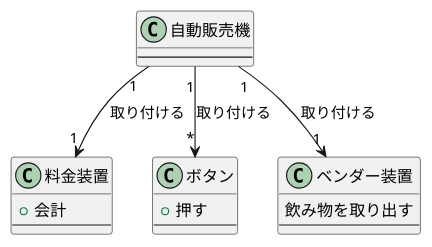
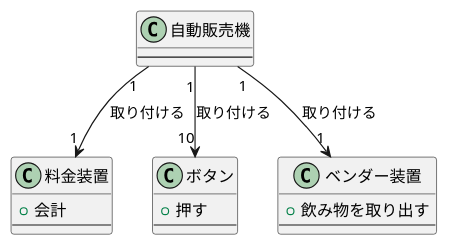
One commit to hitokin/uml_introduction changed the diagram in 演習６/演習6-4-1_クラス図_自動販売機.pu. Above: the diagram before and after it, drawn with PlantUML.

Commit message:
修正

```diff
--- a/演習６/演習6-4-1_クラス図_自動販売機.pu
+++ b/演習６/演習6-4-1_クラス図_自動販売機.pu
@@ -1,22 +1,22 @@
 @startuml  演6-4-1_クラス図_自動販売機
 class 自動販売機 {
 ---
 }
 
 class 料金装置 {
     +会計
 ---
 }
 class ボタン {
     +押す
 ---
 }
 class ベンダー装置 {
-    飲み物を取り出す
+    +飲み物を取り出す
 ---
 }
-自動販売機 "1" --> "*" ボタン:取り付ける
+自動販売機 "1" --> "10" ボタン:取り付ける
 自動販売機 "1" --> "1" ベンダー装置:取り付ける
 自動販売機 "1" --> "1" 料金装置:取り付ける
 
 @enduml
```
